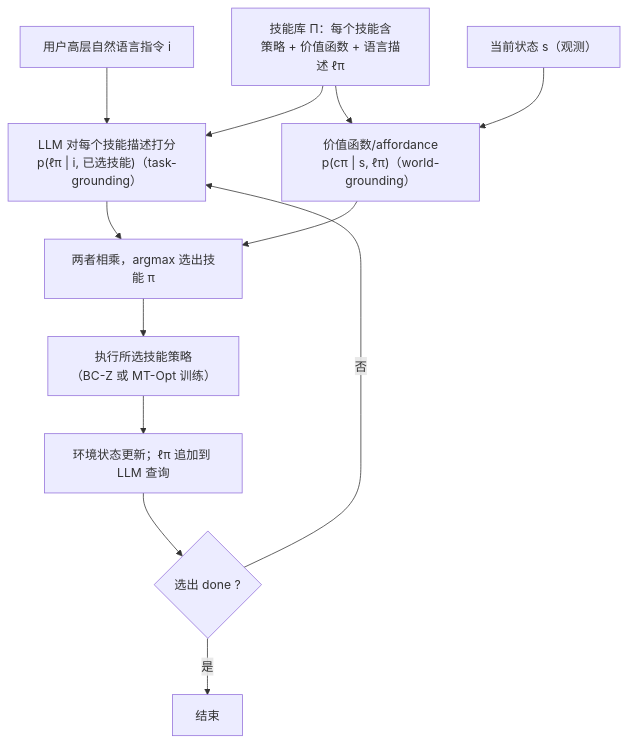
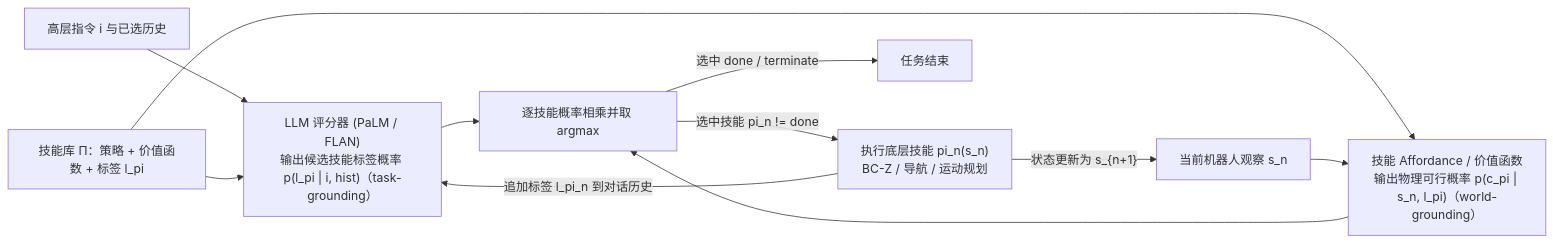
The diagram in wiki/entities/paper-saycan.md (ImChong/Robotics_Notebooks), drawn with Mermaid before and after one commit. The commit also changed other lines of this file and 447 other files, not shown here.

````diff
--- a/wiki/entities/paper-saycan.md
+++ b/wiki/entities/paper-saycan.md
@@ -27,14 +66,13 @@
 ```mermaid
-flowchart TD
-    I["用户高层自然语言指令 i"] --> L["LLM 对每个技能描述打分<br/>p(ℓπ | i, 已选技能)（task-grounding）"]
-    Z["技能库 Π：每个技能含<br/>策略 + 价值函数 + 语言描述 ℓπ"] --> L
-    Z --> V["价值函数/affordance<br/>p(cπ | s, ℓπ)（world-grounding）"]
-    ST["当前状态 s（观测）"] --> V
-    L --> M["两者相乘，argmax 选出技能 π"]
-    V --> M
-    M --> X["执行所选技能策略<br/>（BC-Z 或 MT-Opt 训练）"]
-    X --> U["环境状态更新；ℓπ 追加到 LLM 查询"]
-    U --> D{"选出 done ?"}
-    D -->|"否"| L
-    D -->|"是"| E["结束"]
+flowchart LR
+  I["高层指令 i 与已选历史"] --> LLM["LLM 评分器 (PaLM / FLAN)<br/>输出候选技能标签概率 p(l_pi | i, hist)（task-grounding）"]
+  Z["技能库 Π：策略 + 价值函数 + 标签 l_pi"] --> LLM
+  Z --> VF["技能 Affordance / 价值函数<br/>输出物理可行概率 p(c_pi | s_n, l_pi)（world-grounding）"]
+  S["当前机器人观察 s_n"] --> VF
+  LLM --> MUL["逐技能概率相乘并取 argmax"]
+  VF --> MUL
+  MUL -->|"选中技能 pi_n != done"| EXEC["执行底层技能 pi_n(s_n)<br/>BC-Z / 导航 / 运动规划"]
+  EXEC -->|"追加标签 l_pi_n 到对话历史"| LLM
+  EXEC -->|"状态更新为 s_{n+1}"| S
+  MUL -->|"选中 done / terminate"| END["任务结束"]
 ```
````
